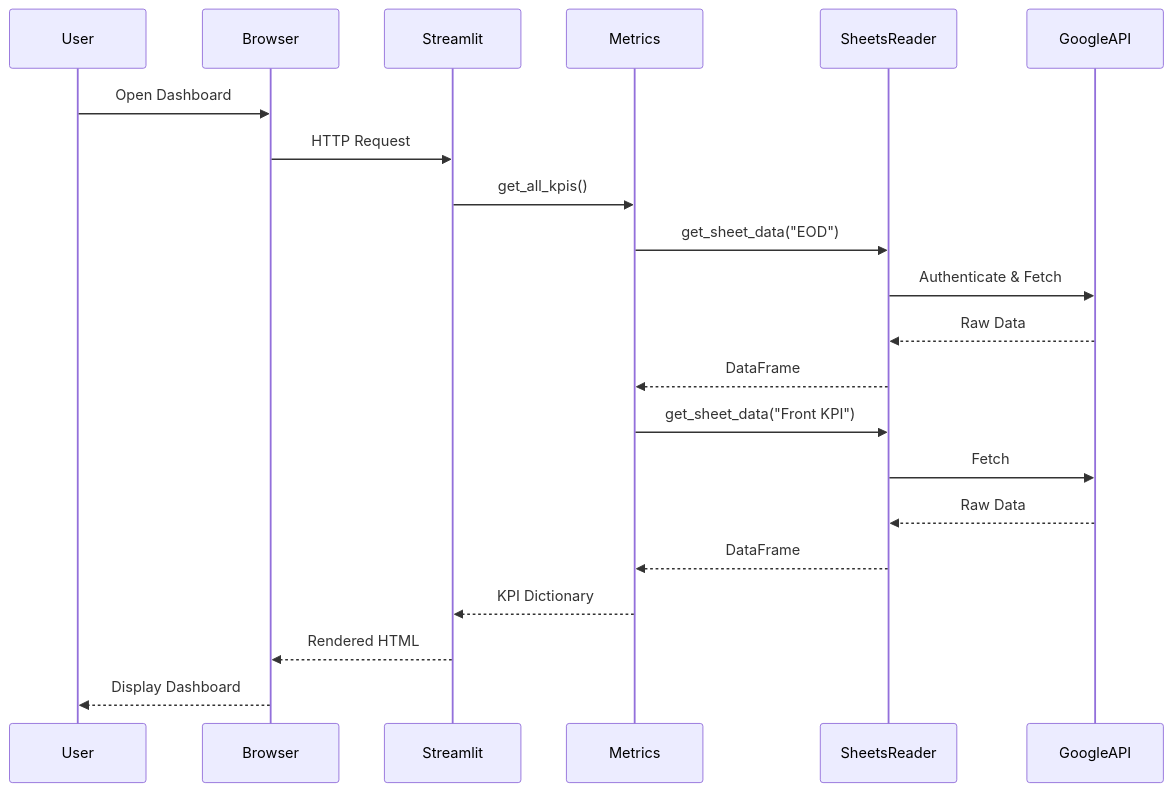
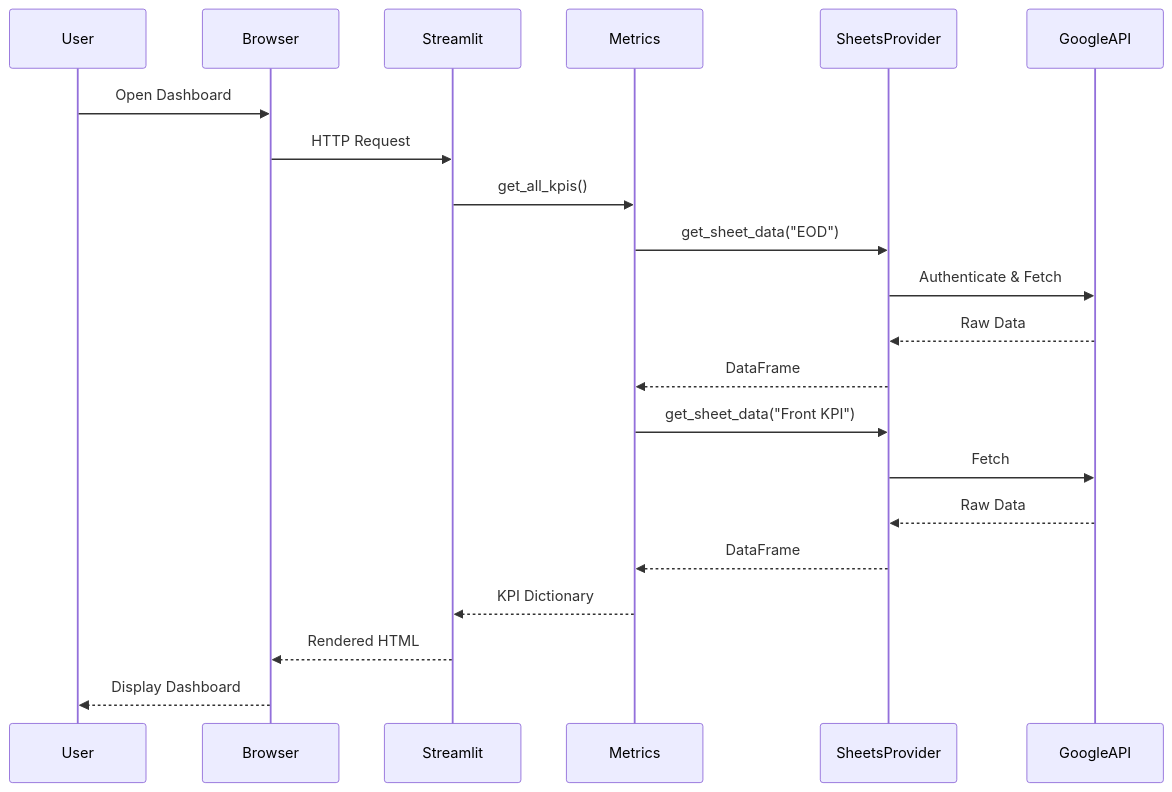
The diagram in docs/architecture/fullstack-architecture.md (AojdevStudio/dental-analytics), drawn with Mermaid before and after one commit. The commit also changed other lines of this file and 39 other files, not shown here.

````diff
--- a/docs/architecture/fullstack-architecture.md
+++ b/docs/architecture/fullstack-architecture.md
@@ -182,24 +182,24 @@
 ```mermaid
 sequenceDiagram
     participant User
     participant Browser
     participant Streamlit
     participant Metrics
-    participant SheetsReader
+    participant SheetsProvider
     participant GoogleAPI
 
     User->>Browser: Open Dashboard
     Browser->>Streamlit: HTTP Request
     Streamlit->>Metrics: get_all_kpis()
-    Metrics->>SheetsReader: get_sheet_data("EOD")
-    SheetsReader->>GoogleAPI: Authenticate & Fetch
-    GoogleAPI-->>SheetsReader: Raw Data
-    SheetsReader-->>Metrics: DataFrame
-    Metrics->>SheetsReader: get_sheet_data("Front KPI")
-    SheetsReader->>GoogleAPI: Fetch
-    GoogleAPI-->>SheetsReader: Raw Data
-    SheetsReader-->>Metrics: DataFrame
+    Metrics->>SheetsProvider: get_sheet_data("EOD")
+    SheetsProvider->>GoogleAPI: Authenticate & Fetch
+    GoogleAPI-->>SheetsProvider: Raw Data
+    SheetsProvider-->>Metrics: DataFrame
+    Metrics->>SheetsProvider: get_sheet_data("Front KPI")
+    SheetsProvider->>GoogleAPI: Fetch
+    GoogleAPI-->>SheetsProvider: Raw Data
+    SheetsProvider-->>Metrics: DataFrame
     Metrics-->>Streamlit: KPI Dictionary
     Streamlit-->>Browser: Rendered HTML
     Browser-->>User: Display Dashboard
 ```
````
